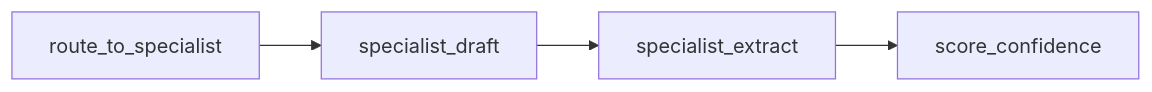
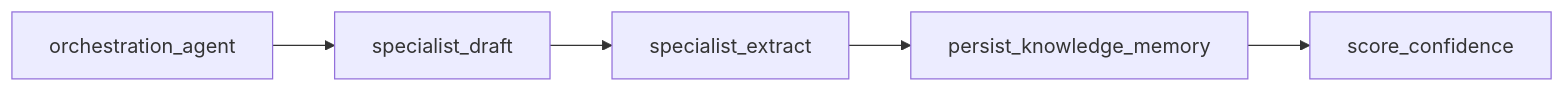
One commit to Samurai493/InboxPilotAI changed the second of 10 diagrams in backend/docs/STATE_GRAPHS.md. Above: the diagram before and after it, drawn with Mermaid. The commit also changed other lines of this file and 30 other files, not shown here.

Commit message:
Added Knowledge Graphs, LLM token usage, persistent processed results

````diff
--- a/backend/docs/STATE_GRAPHS.md
+++ b/backend/docs/STATE_GRAPHS.md
@@ -55,6 +57,7 @@
 ```mermaid
 flowchart LR
-    route_to_specialist --> specialist_draft
+    orchestration_agent --> specialist_draft
     specialist_draft --> specialist_extract
-    specialist_extract --> score_confidence
+    specialist_extract --> persist_knowledge_memory
+    persist_knowledge_memory --> score_confidence
 ```
````
